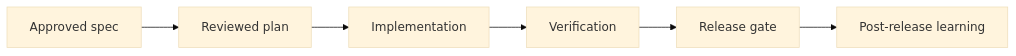
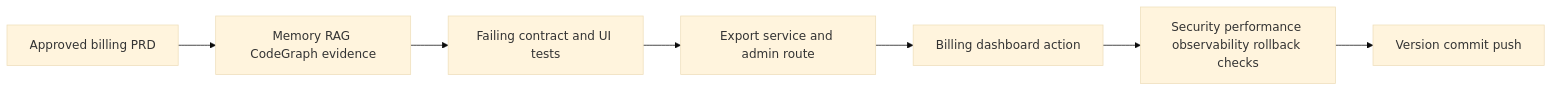
Before and after one commit to vTRKA/supervibe: the diagram in docs/templates/plan-template.md, drawn with Mermaid (base theme). The commit also changed other lines of this file and 142 other files, not shown here.

Commit message:
feat: harden PRD MVP templates

````diff
--- a/docs/templates/plan-template.md
+++ b/docs/templates/plan-template.md
@@ -54,10 +58,11 @@
 ```mermaid
 flowchart LR
-  %% accTitle: Accessible title for the implementation flow
-  %% accDescr: Plain-language summary of phases, dependencies, approval gates, release gates, and rollback.
-  Spec[Approved spec] --> Plan[Reviewed plan]
-  Plan --> Build[Implementation]
-  Build --> Verify[Verification]
-  Verify --> Release[Release gate]
-  Release --> Learn[Post-release learning]
+  %% accTitle: Billing export MVP implementation flow
+  %% accDescr: The plan starts from approved billing requirements, verifies repository and permission boundaries, adds tests and implementation, then releases behind a reversible admin UI action.
+  PRD[Approved billing PRD] --> Evidence[Memory RAG CodeGraph evidence]
+  Evidence --> Tests[Failing contract and UI tests]
+  Tests --> Service[Export service and admin route]
+  Service --> UI[Billing dashboard action]
+  UI --> Verify[Security performance observability rollback checks]
+  Verify --> Release[Version commit push]
 ```
````
